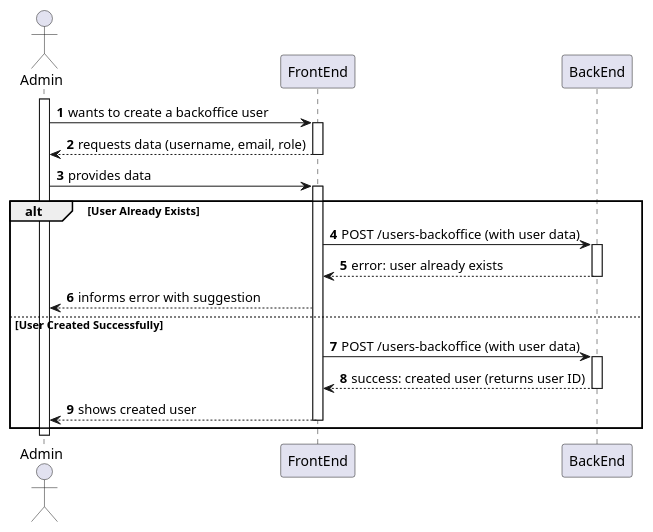
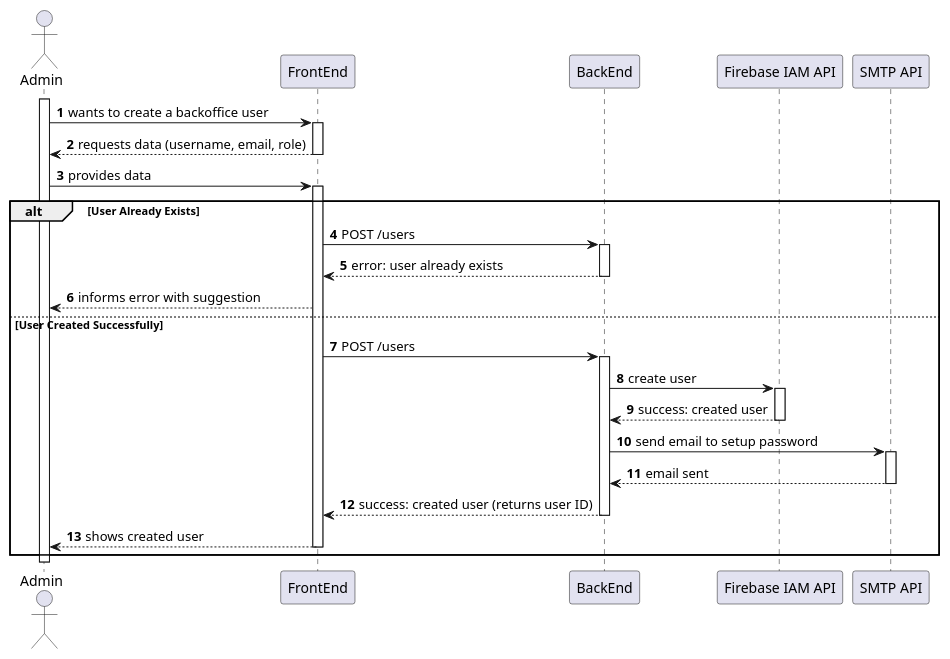
One commit to MiguelCardoso77/SurgicalSync-BackEnd changed the diagram in docs/SprintA/1-register-backoffice-users/level2/process-view.puml. Above: the diagram before and after it, drawn with PlantUML. The commit also changed 3 other files, not shown here.

```diff
--- a/docs/SprintA/1-register-backoffice-users/level2/process-view.puml
+++ b/docs/SprintA/1-register-backoffice-users/level2/process-view.puml
@@ -1,44 +1,58 @@
 @startuml
 autonumber
 
 actor "Admin" as USER
 
 participant "FrontEnd" as FE
 participant "BackEnd" as BE
+participant "Firebase IAM API" as FIREBASE
+participant "SMTP API" as EMAIL
 
 activate USER
 
     USER -> FE : wants to create a backoffice user
     activate FE
     
         FE --> USER : requests data (username, email, role)
     deactivate FE
 
     USER -> FE : provides data
    
         activate FE
         
             alt User Already Exists
                
-            FE -> BE : POST /users-backoffice (with user data)
+            FE -> BE : POST /users
             activate BE
             
                 BE --> FE : error: user already exists
             deactivate BE 
             FE --> USER : informs error with suggestion
             
             else User Created Successfully
             
-            FE -> BE : POST /users-backoffice (with user data)
+            FE -> BE : POST /users
             activate BE
+            
+                BE -> FIREBASE : create user
+                activate FIREBASE 
+                
+                    FIREBASE --> BE : success: created user
+                deactivate FIREBASE
+                
+                BE -> EMAIL : send email to setup password
+                activate EMAIL
+                
+                    EMAIL --> BE : email sent
+                deactivate EMAIL
             
                 BE --> FE : success: created user (returns user ID)
             deactivate BE
                
             FE --> USER : shows created user
         deactivate FE
     end
             
 deactivate USER
 
 @enduml
```
